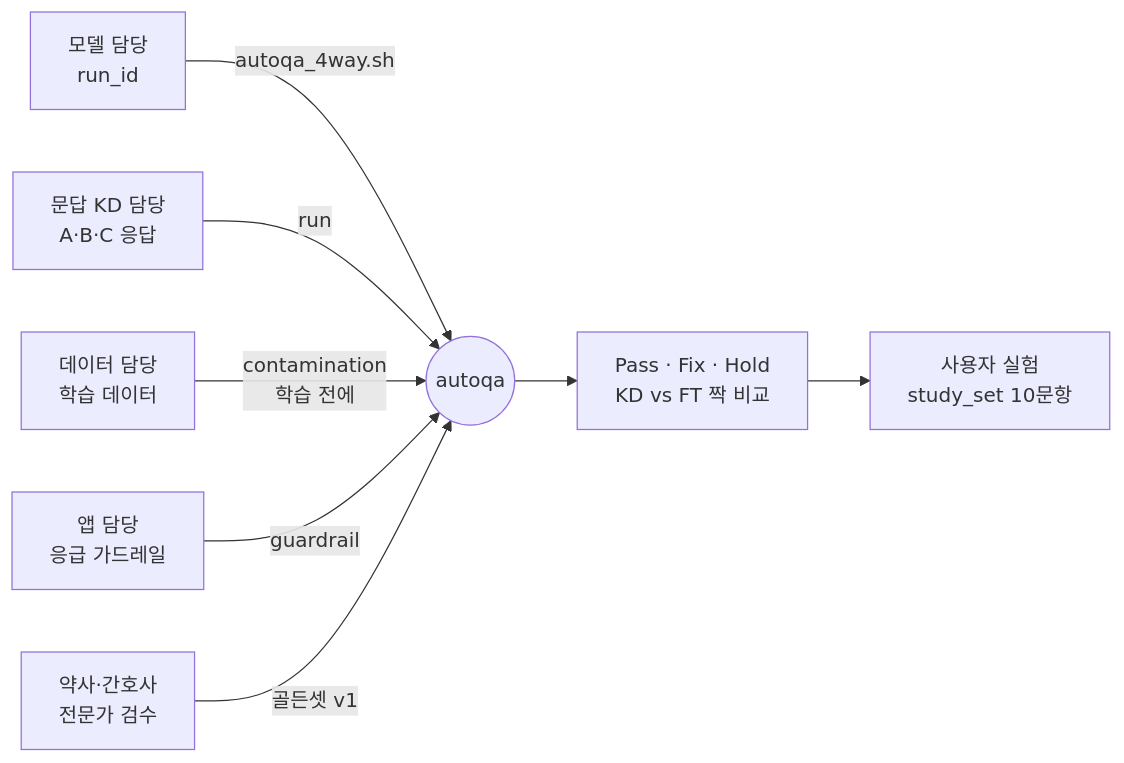
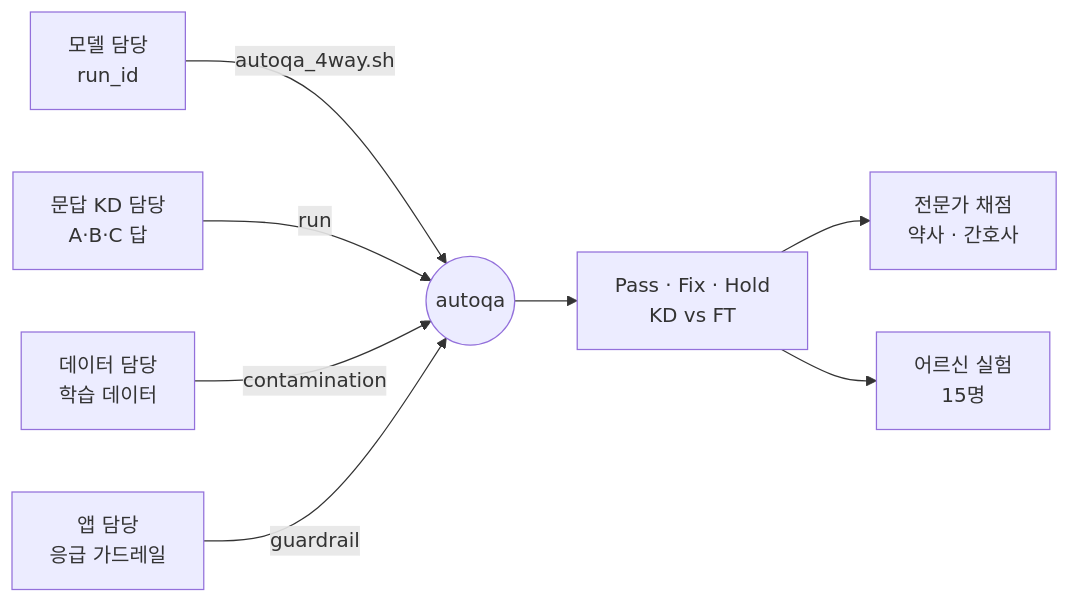
One commit to YOONPYOGitHub/knowledge-distillation changed the third of 3 diagrams in README.md. Above: the diagram before and after it, drawn with Mermaid. The commit also changed other lines of this file and 793 other files, not shown here.

First line of the commit message:
feat: autoqa 2차 리뷰·노하우 대조 반영, 사람 평가 연결, 어르신 사용자 실험 준비, 문서 기준

````diff
--- a/README.md
+++ b/README.md
@@ -68,10 +59,10 @@
 ```mermaid
 flowchart LR
   M["모델 담당<br/>run_id"] -->|"autoqa_4way.sh"| Q(("autoqa"))
-  K["문답 KD 담당<br/>A·B·C 응답"] -->|"run"| Q
-  DA["데이터 담당<br/>학습 데이터"] -->|"contamination<br/>학습 전에"| Q
+  K["문답 KD 담당<br/>A·B·C 답"] -->|"run"| Q
+  DA["데이터 담당<br/>학습 데이터"] -->|"contamination"| Q
   AP["앱 담당<br/>응급 가드레일"] -->|"guardrail"| Q
-  EX["약사·간호사<br/>전문가 검수"] -->|"골든셋 v1"| Q
-  Q --> RP["Pass · Fix · Hold<br/>KD vs FT 짝 비교"]
-  RP --> US["사용자 실험<br/>study_set 10문항"]
+  Q --> RP["Pass · Fix · Hold<br/>KD vs FT"]
+  RP --> EX["전문가 채점<br/>약사 · 간호사"]
+  RP --> US["어르신 실험<br/>15명"]
 ```
````
